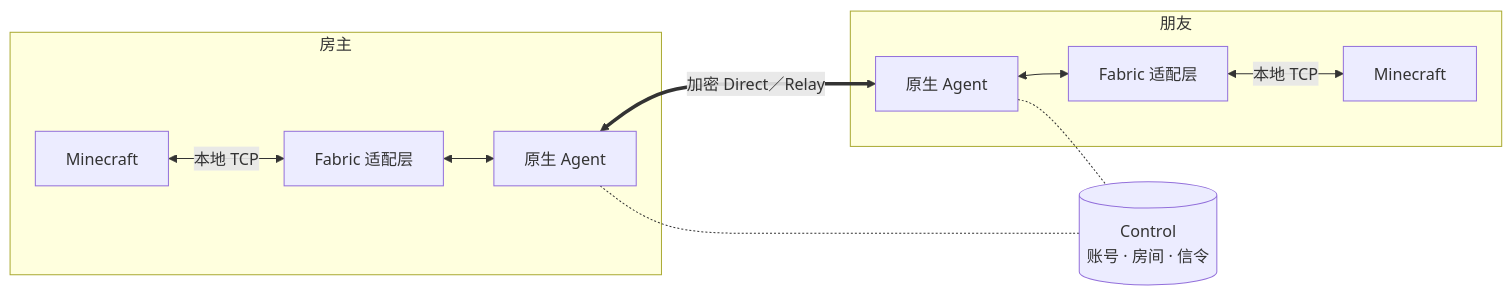
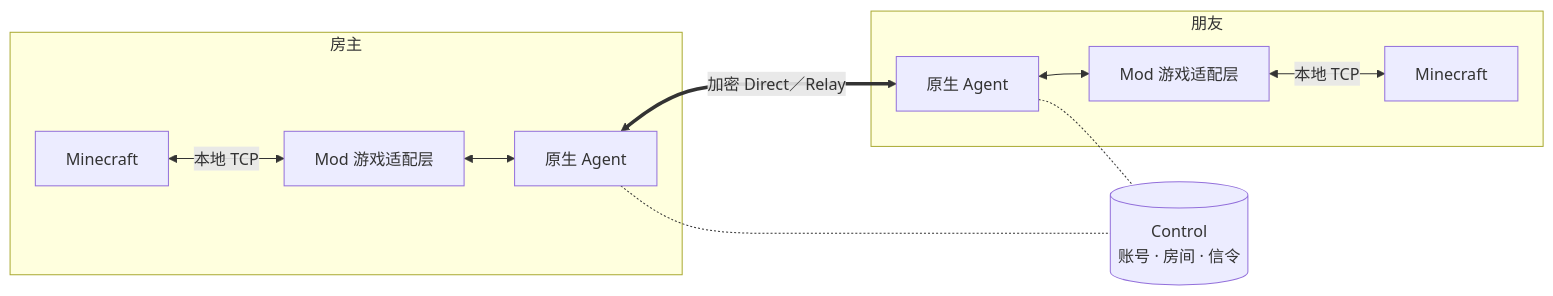
One commit to buggzd/p2wlan-mc changed the diagram in README.md. Above: the diagram before and after it, drawn with Mermaid. The commit also changed other lines of this file and 36 other files, not shown here.

````diff
--- a/README.md
+++ b/README.md
@@ -83,13 +105,13 @@
 ```mermaid
 flowchart LR
     subgraph host [房主]
-        MA[Minecraft] <-->|本地 TCP| FA[Fabric 适配层] <--> NA[原生 Agent]
+        MA[Minecraft] <-->|本地 TCP| FA[Mod 游戏适配层] <--> NA[原生 Agent]
     end
     subgraph guest [朋友]
-        NB[原生 Agent] <--> FB[Fabric 适配层] <-->|本地 TCP| MB[Minecraft]
+        NB[原生 Agent] <--> FB[Mod 游戏适配层] <-->|本地 TCP| MB[Minecraft]
     end
     NA <==>|加密 Direct／Relay| NB
     C[(Control<br/>账号 · 房间 · 信令)]
     NA -.- C
     NB -.- C
 ```
````
